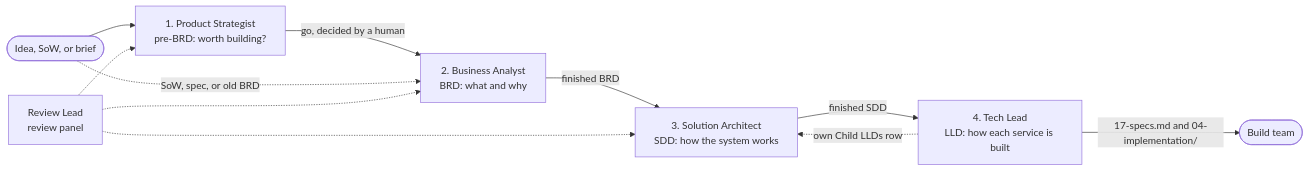
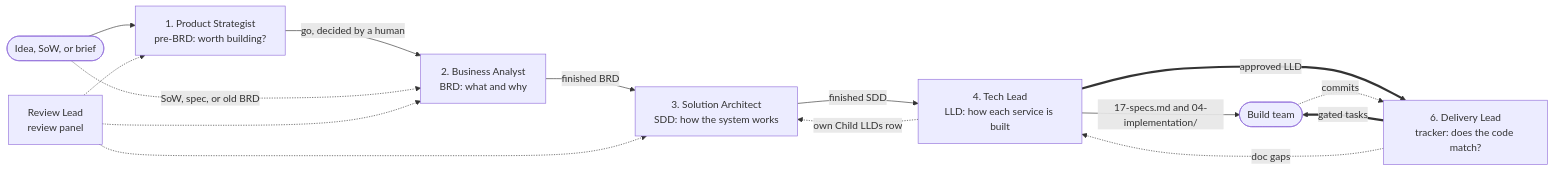
The diagram in band-unifiers/team-product-management-guidelines.md (mhshahin01/builders-skills), drawn with Mermaid before and after one commit. The commit also changed other lines of this file and 7 other files, not shown here.

Commit message:
docs: resync the Band role files to the skills and add the Delivery Lead

````diff
--- a/band-unifiers/team-product-management-guidelines.md
+++ b/band-unifiers/team-product-management-guidelines.md
@@ -17,13 +18,17 @@
 ```mermaid
 flowchart LR
     idea(["Idea, SoW, or brief"]) --> ps["1. Product Strategist<br/>pre-BRD: worth building?"]
     ps -->|"go, decided by a human"| ba["2. Business Analyst<br/>BRD: what and why"]
     idea -.->|"SoW, spec, or old BRD"| ba
     ba -->|"finished BRD"| sa["3. Solution Architect<br/>SDD: how the system works"]
     sa -->|"finished SDD"| tl["4. Tech Lead<br/>LLD: how each service is built"]
     tl -->|"17-specs.md and 04-implementation/"| build(["Build team"])
     tl -.->|"own Child LLDs row"| sa
+    tl ==>|"approved LLD"| dl["6. Delivery Lead<br/>tracker: does the code match?"]
+    dl ==>|"gated tasks"| build
+    build -.->|"commits"| dl
+    dl -.->|"doc gaps"| tl
     rl["Review Lead<br/>review panel"] -.-> ps
     rl -.-> ba
     rl -.-> sa
 ```
````
